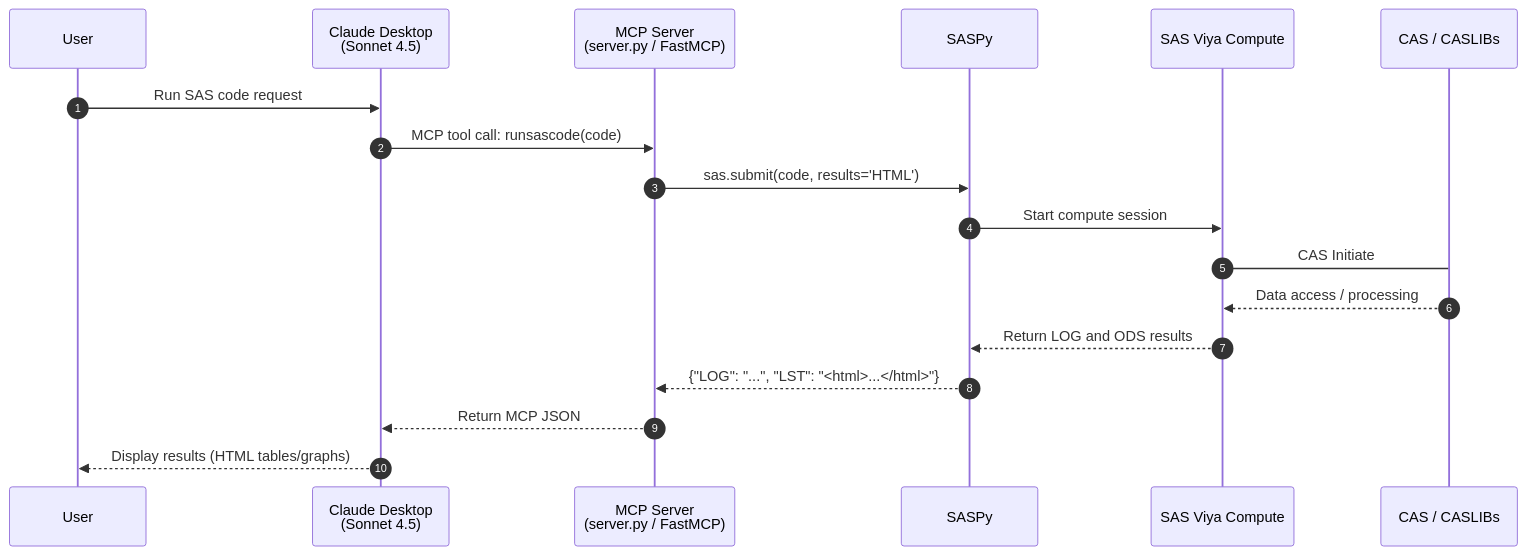
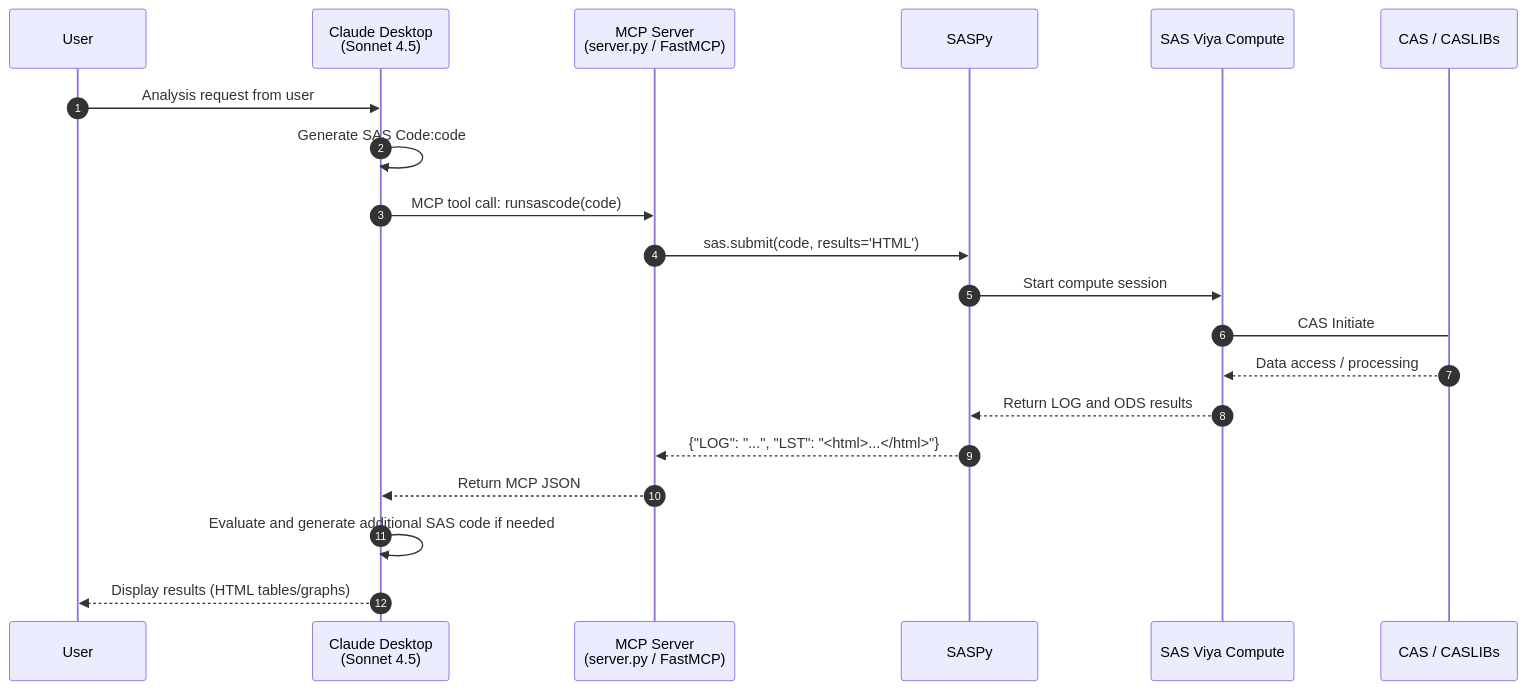
The diagram in README.md (samiulhq/sastool-mcp), drawn with Mermaid before and after one commit.

````diff
--- a/README.md
+++ b/README.md
@@ -43,23 +43,25 @@
 ```mermaid
 sequenceDiagram
     autonumber
     participant U as User
     participant C as Claude Desktop<br/>(Sonnet 4.5)
     participant M as MCP Server<br/>(server.py / FastMCP)
     participant P as SASPy
     participant VC as SAS Viya Compute
     participant CAS as CAS / CASLIBs
 
-    U->>C: Run SAS code request
+    U->>C: Analysis request from user
+    C->>C: Generate SAS Code:code
     C->>M: MCP tool call: runsascode(code)
     M->>P: sas.submit(code, results='HTML')
     P->>VC: Start compute session
     VC->CAS: CAS Initiate
 
     CAS-->>VC: Data access / processing
 
     VC-->>P: Return LOG and ODS results
     P-->>M: {"LOG": "...", "LST": "<html>...</html>"}
     M-->>C: Return MCP JSON
+    C->>C: Evaluate and generate additional SAS code if needed
     C-->>U: Display results (HTML tables/graphs)
 ```
````
